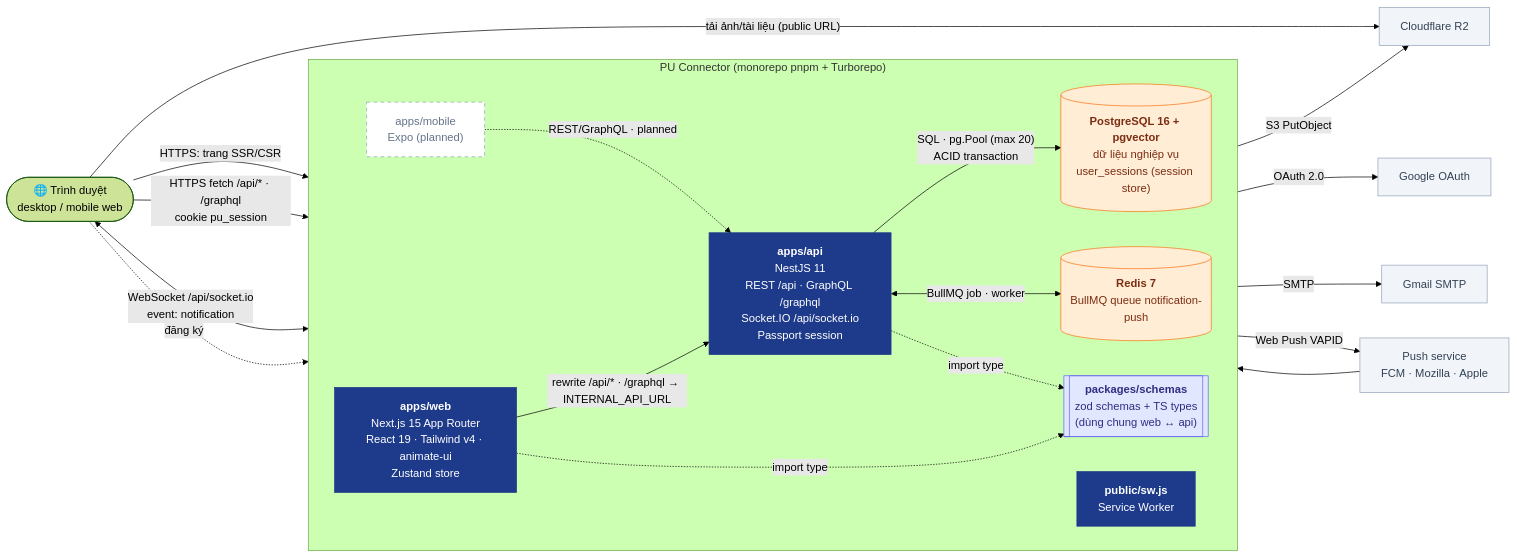
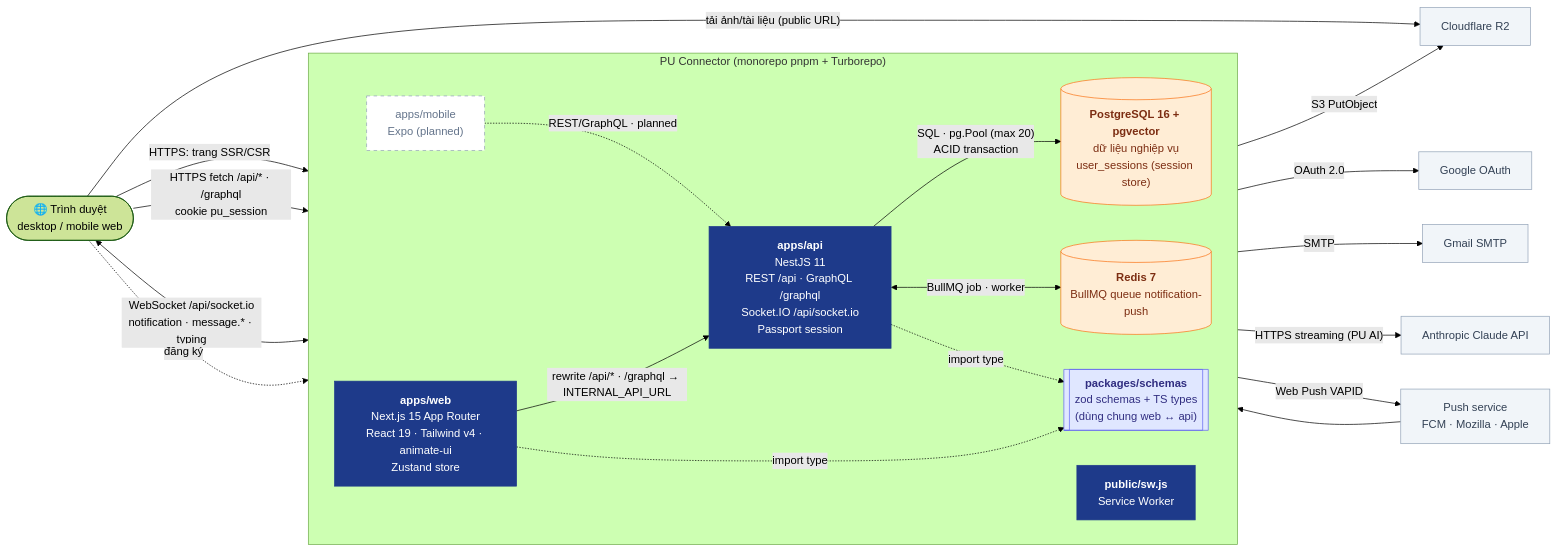
The diagram in docs/diagrams/02-containers.md (nhatcoi/pu-connect), drawn with Mermaid (forest theme) before and after one commit. The commit also changed other lines of this file and 8 other files, not shown here.

Commit message:
docs: course hub, admin, messaging and AI, diagrams and ERD

````diff
--- a/docs/diagrams/02-containers.md
+++ b/docs/diagrams/02-containers.md
@@ -5,48 +5,50 @@
 ```mermaid
 flowchart LR
   browser(["🌐 Trình duyệt<br/>desktop / mobile web"])
 
   subgraph PUC["PU Connector (monorepo pnpm + Turborepo)"]
     direction LR
     web["<b>apps/web</b><br/>Next.js 15 App Router<br/>React 19 · Tailwind v4 · animate-ui<br/>Zustand store"]
     api["<b>apps/api</b><br/>NestJS 11<br/>REST /api · GraphQL /graphql<br/>Socket.IO /api/socket.io<br/>Passport session"]
     schemas[["<b>packages/schemas</b><br/>zod schemas + TS types<br/>(dùng chung web ↔ api)"]]
     redis[("<b>Redis 7</b><br/>BullMQ queue notification-push")]
     sw["<b>public/sw.js</b><br/>Service Worker"]
     db[("<b>PostgreSQL 16 + pgvector</b><br/>dữ liệu nghiệp vụ<br/>user_sessions (session store)")]
     mobile["apps/mobile<br/>Expo (planned)"]
   end
 
   google["Google OAuth"]
   gmail["Gmail SMTP"]
   r2["Cloudflare R2"]
+  claude["Anthropic Claude API"]
 
   browser -->|"HTTPS: trang SSR/CSR"| web
   browser -->|"HTTPS fetch /api/* · /graphql<br/>cookie pu_session"| web
   web -->|"rewrite /api/* · /graphql → INTERNAL_API_URL"| api
-  browser <-->|"WebSocket /api/socket.io<br/>event: notification"| api
+  browser <-->|"WebSocket /api/socket.io<br/>notification · message.* · typing"| api
   browser -->|"tải ảnh/tài liệu (public URL)"| r2
 
   api -->|"SQL · pg.Pool (max 20)<br/>ACID transaction"| db
   api -->|OAuth 2.0| google
   api -->|SMTP| gmail
   api -->|S3 PutObject| r2
+  api -->|"HTTPS streaming (PU AI)"| claude
   api <-->|BullMQ job · worker| redis
   api -->|Web Push VAPID| pushsvc["Push service<br/>FCM · Mozilla · Apple"]
   pushsvc --> sw
   browser -. đăng ký .-> sw
   web -. import type .-> schemas
   api -. import type .-> schemas
   mobile -.->|REST/GraphQL · planned| api
 
   classDef app fill:#1e3a8a,stroke:#1e3a8a,color:#fff
   classDef store fill:#ffedd5,stroke:#f97316,color:#7c2d12
   classDef lib fill:#e0e7ff,stroke:#6366f1,color:#312e81
   classDef external fill:#f1f5f9,stroke:#94a3b8,color:#334155
   classDef planned fill:#fff,stroke:#94a3b8,color:#64748b,stroke-dasharray:5 5
   class web,api,sw app
   class db,redis store
   class schemas lib
-  class google,gmail,r2,pushsvc external
+  class google,gmail,r2,pushsvc,claude external
   class mobile planned
 ```
````
